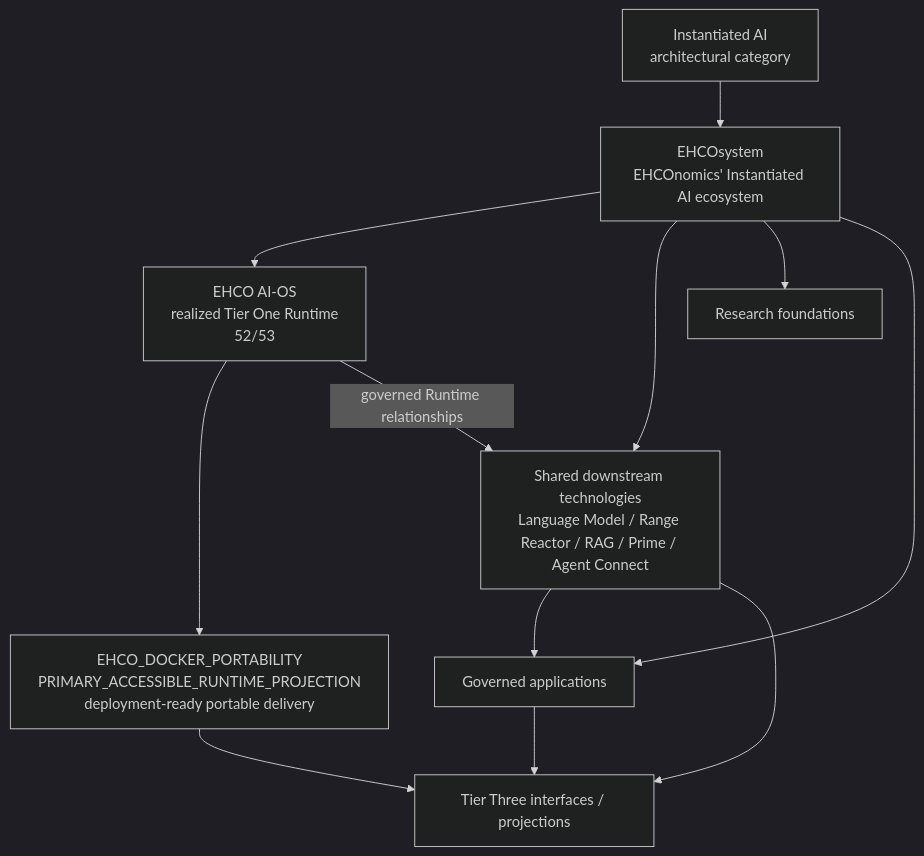
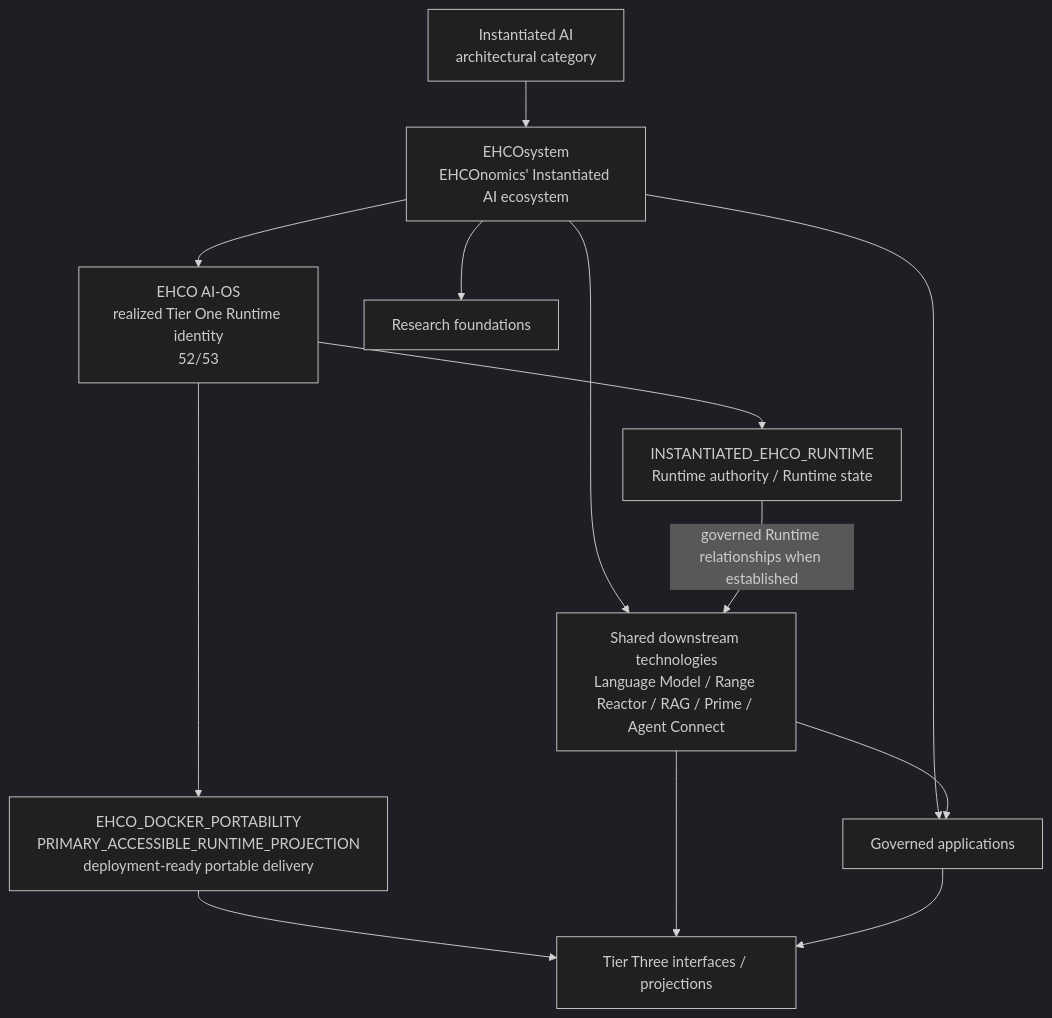
Before and after one commit to EHCOnomics-Systems/EHCOsystem: the first of 4 diagrams in architecture/diagrams/README.md, drawn with Mermaid (dark theme). The commit also changed other lines of this file, not shown here.

Commit message:
Separate Runtime identity and authority in diagrams

````diff
--- a/architecture/diagrams/README.md
+++ b/architecture/diagrams/README.md
@@ -17,23 +17,25 @@
 ```mermaid
 flowchart TD
     A[Instantiated AI<br/>architectural category]
     B[EHCOsystem<br/>EHCOnomics' Instantiated AI ecosystem]
-    C[EHCO AI-OS<br/>realized Tier One Runtime<br/>52/53]
+    C[EHCO AI-OS<br/>realized Tier One Runtime identity<br/>52/53]
+    R[INSTANTIATED_EHCO_RUNTIME<br/>Runtime authority / Runtime state]
     D[EHCO_DOCKER_PORTABILITY<br/>PRIMARY_ACCESSIBLE_RUNTIME_PROJECTION<br/>deployment-ready portable delivery]
     E[Shared downstream technologies<br/>Language Model / Range Reactor / RAG / Prime / Agent Connect]
     F[Research foundations]
     G[Governed applications]
     H[Tier Three interfaces / projections]
 
     A --> B
     B --> C
     B --> E
     B --> F
     B --> G
+    C --> R
     C --> D
-    C -->|governed Runtime relationships| E
+    R -->|governed Runtime relationships when established| E
     E --> G
     D --> H
     E --> H
     G --> H
 ```
````
